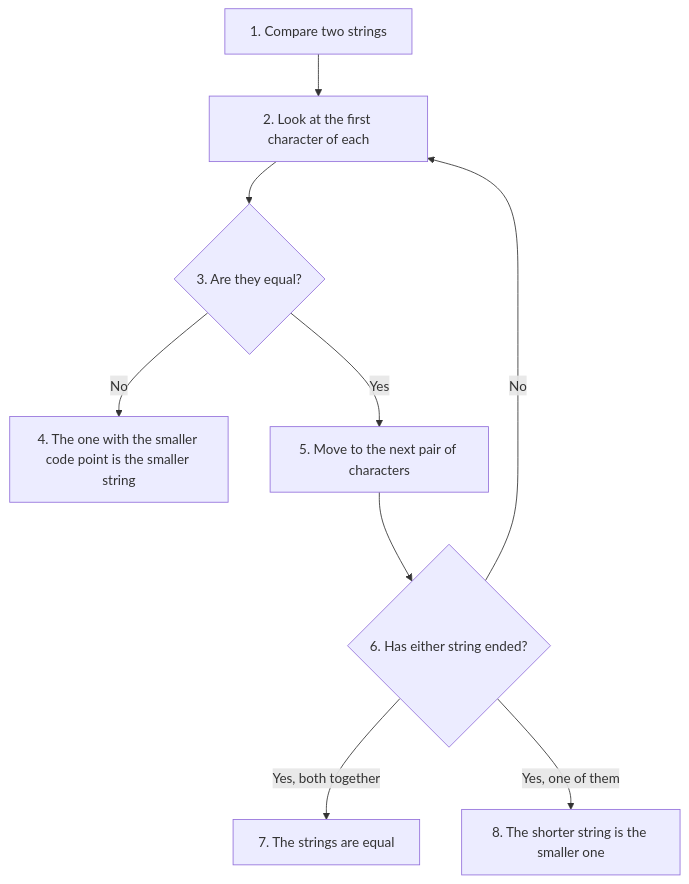
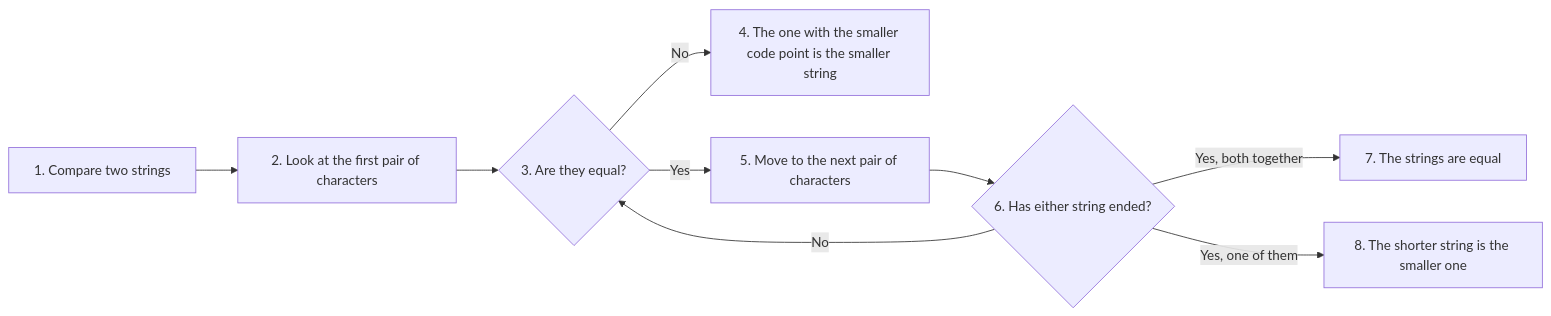
The tenth of 18 diagrams in docs/17-strings/080-ch17-conceptual-qa.md (ag999git/001-mkdocs), drawn with Mermaid before and after one commit. The commit also changed other lines of this file, not shown here.

````diff
--- a/docs/17-strings/080-ch17-conceptual-qa.md
+++ b/docs/17-strings/080-ch17-conceptual-qa.md
@@ -2780,11 +2798,11 @@
 ```mermaid
-flowchart TD
-    A["1. Compare two strings"] --> B["2. Look at the first character of each"]
+flowchart LR
+    A["1. Compare two strings"] --> B["2. Look at the first pair of characters"]
     B --> C{"3. Are they equal?"}
     C -->|"No"| D["4. The one with the smaller code point is the smaller string"]
     C -->|"Yes"| E["5. Move to the next pair of characters"]
     E --> F{"6. Has either string ended?"}
-    F -->|"No"| B
+    F -->|"No"| C
     F -->|"Yes, both together"| G["7. The strings are equal"]
     F -->|"Yes, one of them"| H["8. The shorter string is the smaller one"]
 ```
````
